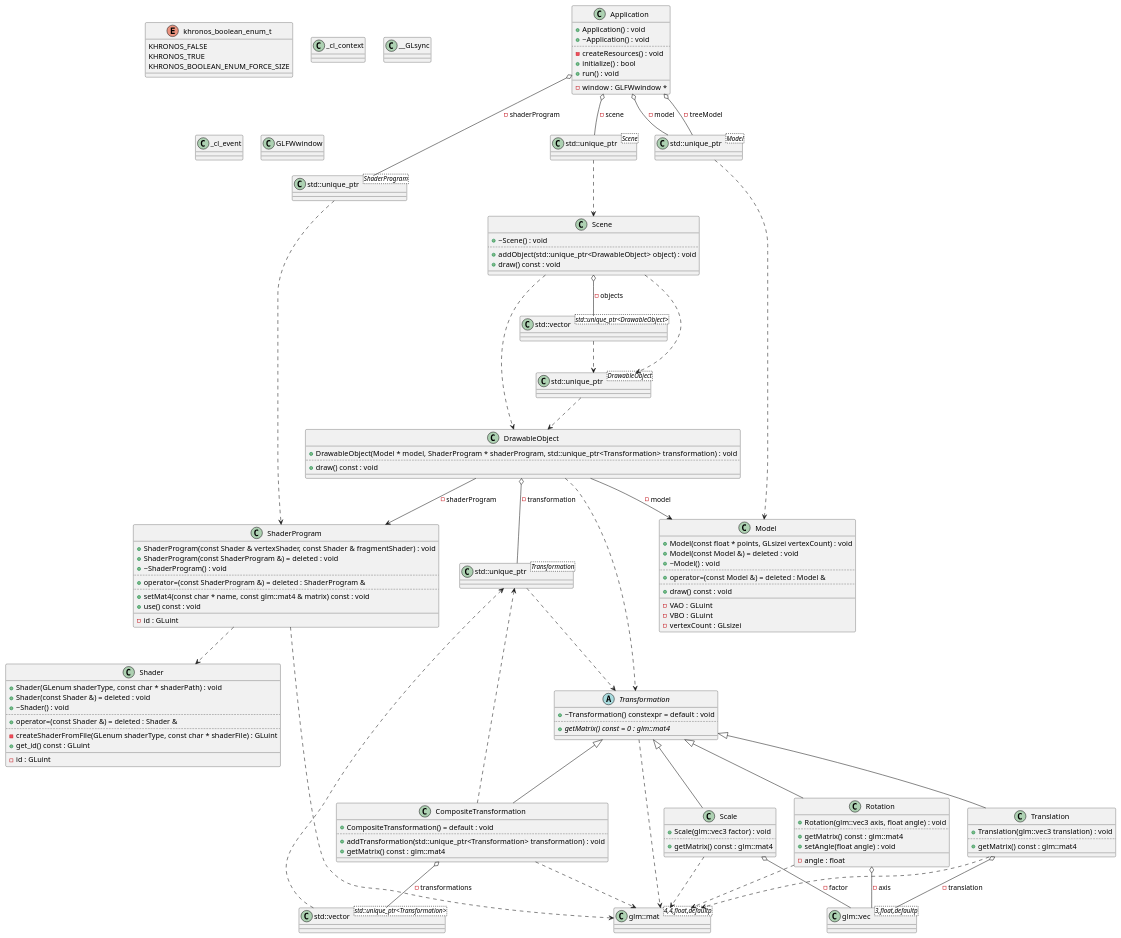
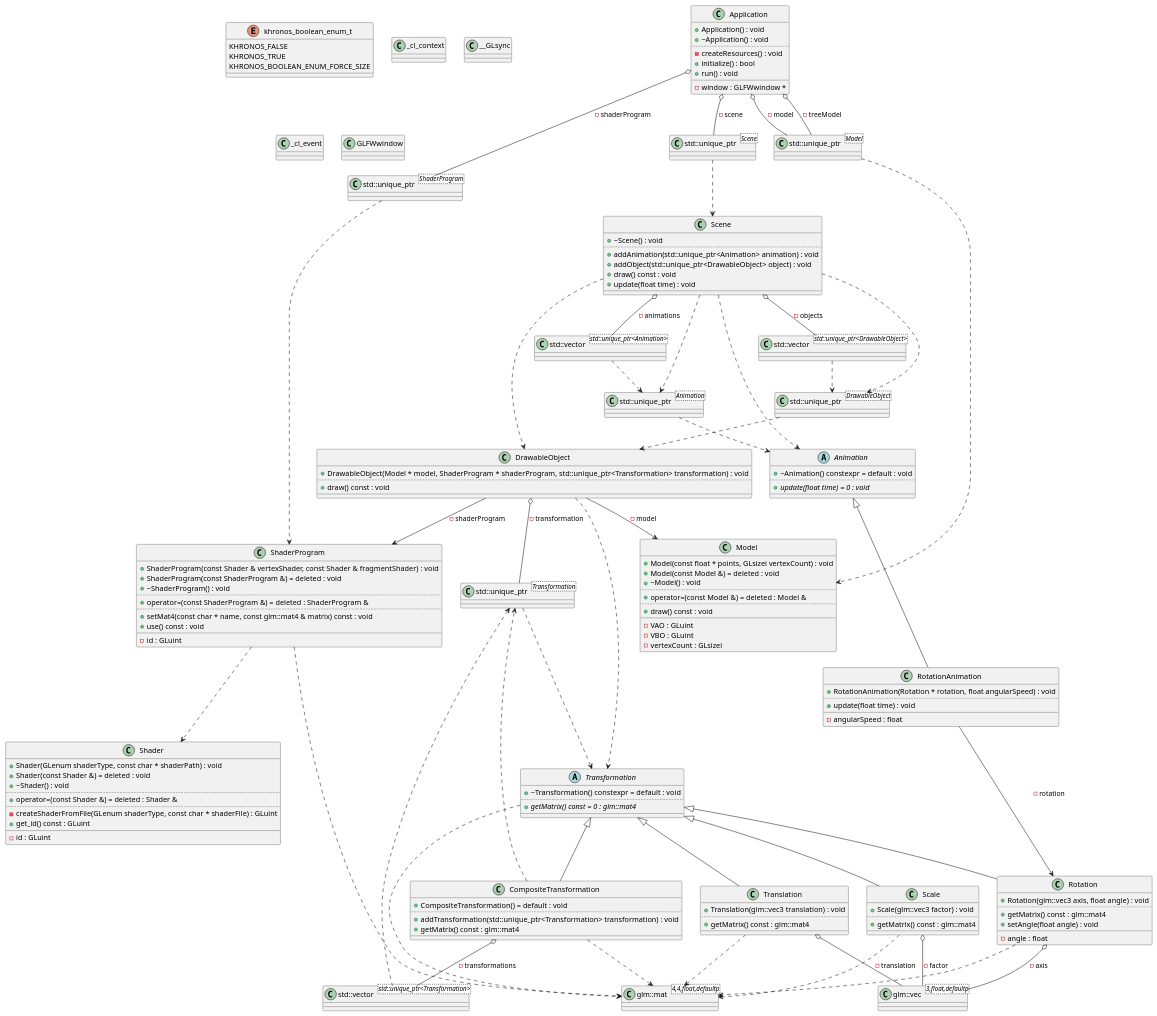
Before and after one commit to prezmyl/ZPG-computer-graphics: the diagram in project/diagrams/architecture.puml, drawn with PlantUML. The commit also changed 1 other file, not shown here.

Commit message:
Scene -> animations kolekce, addAnimations() a update(), zapojeni do aplikacni vrstvy - Check

```diff
--- a/project/diagrams/architecture.puml
+++ b/project/diagrams/architecture.puml
@@ -3,8 +3,16 @@
 class C_0009635456962427627091 {
 __
 }
+class "std::unique_ptr<Animation>" as C_0015989245659094276206
+class C_0015989245659094276206 {
+__
+}
 class "std::vector<std::unique_ptr<DrawableObject>>" as C_0003254735137969347630
 class C_0003254735137969347630 {
+__
+}
+class "std::vector<std::unique_ptr<Animation>>" as C_0005257475143305114708
+class C_0005257475143305114708 {
 __
 }
 class "std::unique_ptr<Transformation>" as C_0011978167887591285784
@@ -83,8 +91,10 @@
 class C_0016177104474805726272 {
 +~Scene() : void
 ..
++addAnimation(std::unique_ptr<Animation> animation) : void
 +addObject(std::unique_ptr<DrawableObject> object) : void
 +draw() const : void
++update(float time) : void
 __
 }
 class "Model" as C_0013243640185453418494
@@ -115,6 +125,13 @@
 +draw() const : void
 __
 }
+abstract "Animation" as C_0009177790275752332348
+abstract C_0009177790275752332348 {
++~Animation() constexpr = default : void
+..
+{abstract} +update(float time) = 0 : void
+__
+}
 class "CompositeTransformation" as C_0014692852523536517661
 class C_0014692852523536517661 {
 +CompositeTransformation() = default : void
@@ -129,6 +146,23 @@
 ..
 +getMatrix() const : glm::mat4
 __
+}
+class "Rotation" as C_0018403690083903418410
+class C_0018403690083903418410 {
++Rotation(glm::vec3 axis, float angle) : void
+..
++getMatrix() const : glm::mat4
++setAngle(float angle) : void
+__
+-angle : float
+}
+class "RotationAnimation" as C_0007382990770960972762
+class C_0007382990770960972762 {
++RotationAnimation(Rotation * rotation, float angularSpeed) : void
+..
++update(float time) : void
+__
+-angularSpeed : float
 }
 class "Application" as C_0008808924239730370349
 class C_0008808924239730370349 {
@@ -148,21 +182,14 @@
 +getMatrix() const : glm::mat4
 __
 }
-class "Rotation" as C_0018403690083903418410
-class C_0018403690083903418410 {
-+Rotation(glm::vec3 axis, float angle) : void
-..
-+getMatrix() const : glm::mat4
-+setAngle(float angle) : void
-__
--angle : float
-}
 class "GLFWwindow" as C_0008434725962297335764
 class C_0008434725962297335764 {
 __
 }
 C_0009635456962427627091 ..> C_0000766055162852517381
+C_0015989245659094276206 ..> C_0009177790275752332348
 C_0003254735137969347630 ..> C_0009635456962427627091
+C_0005257475143305114708 ..> C_0015989245659094276206
 C_0011978167887591285784 ..> C_0011135272028013465752
 C_0003315780756738677811 ..> C_0011978167887591285784
 C_0005429747195776422453 ..> C_0013243640185453418494
@@ -172,7 +199,10 @@
 C_0009272917675807370667 ..> C_0010357790864569679796
 C_0016177104474805726272 ..> C_0009635456962427627091
 C_0016177104474805726272 ..> C_0000766055162852517381
+C_0016177104474805726272 ..> C_0015989245659094276206
+C_0016177104474805726272 ..> C_0009177790275752332348
 C_0016177104474805726272 o-- C_0003254735137969347630 : -objects
+C_0016177104474805726272 o-- C_0005257475143305114708 : -animations
 C_0011135272028013465752 ..> C_0010357790864569679796
 C_0000766055162852517381 ..> C_0011135272028013465752
 C_0000766055162852517381 o-- C_0011978167887591285784 : -transformation
@@ -185,6 +215,11 @@
 C_0017660363320762853361 ..> C_0010357790864569679796
 C_0017660363320762853361 o-- C_0005836985577823843820 : -factor
 C_0011135272028013465752 <|-- C_0017660363320762853361
+C_0018403690083903418410 ..> C_0010357790864569679796
+C_0018403690083903418410 o-- C_0005836985577823843820 : -axis
+C_0011135272028013465752 <|-- C_0018403690083903418410
+C_0007382990770960972762 --> C_0018403690083903418410 : -rotation
+C_0009177790275752332348 <|-- C_0007382990770960972762
 C_0008808924239730370349 o-- C_0005429747195776422453 : -model
 C_0008808924239730370349 o-- C_0005429747195776422453 : -treeModel
 C_0008808924239730370349 o-- C_0002291808102789227029 : -shaderProgram
@@ -192,9 +227,6 @@
 C_0017401563024334194039 ..> C_0010357790864569679796
 C_0017401563024334194039 o-- C_0005836985577823843820 : -translation
 C_0011135272028013465752 <|-- C_0017401563024334194039
-C_0018403690083903418410 ..> C_0010357790864569679796
-C_0018403690083903418410 o-- C_0005836985577823843820 : -axis
-C_0011135272028013465752 <|-- C_0018403690083903418410
 
 'Generated with clang-uml, version 0.6.3
 'LLVM version clang version 22.1.8 (Fedora 22.1.8-4.fc44)
```
